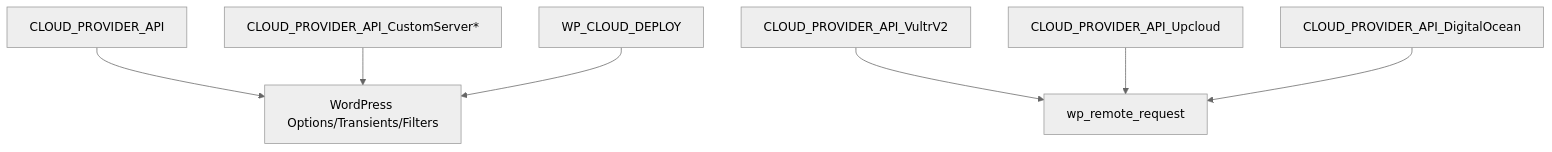
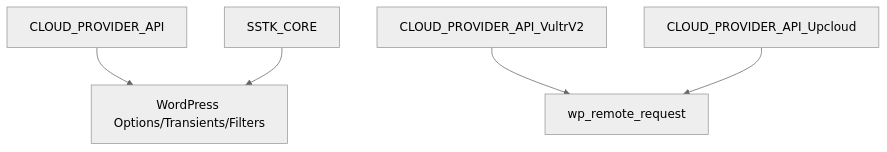
The seventh of 7 diagrams in .qoder/repowiki/en/content/Cloud Provider Integration/Cloud Provider Integration.md (onedogsolutions/simple-stack), drawn with Mermaid (neutral theme) before and after one commit. The commit also changed other lines of this file and 5941 other files, not shown here.

First line of the commit message:
refactor(core): rebrand WPCloudDeploy to Simple Stack with new namespaces and prefixes

````diff
--- a/.qoder/repowiki/en/content/Cloud Provider Integration/Cloud Provider Integration.md
+++ b/.qoder/repowiki/en/content/Cloud Provider Integration/Cloud Provider Integration.md
@@ -617,9 +498,7 @@
 ```mermaid
 graph TB
 Base["CLOUD_PROVIDER_API"] --> WP["WordPress Options/Transients/Filters"]
 Vultr["CLOUD_PROVIDER_API_VultrV2"] --> HTTP["wp_remote_request"]
 Upcloud["CLOUD_PROVIDER_API_Upcloud"] --> HTTP
-DO["CLOUD_PROVIDER_API_DigitalOcean"] --> HTTP
-Custom["CLOUD_PROVIDER_API_CustomServer*"] --> WP
-Registry["WP_CLOUD_DEPLOY"] --> WP
+Registry["SSTK_CORE"] --> WP
 ```
````
